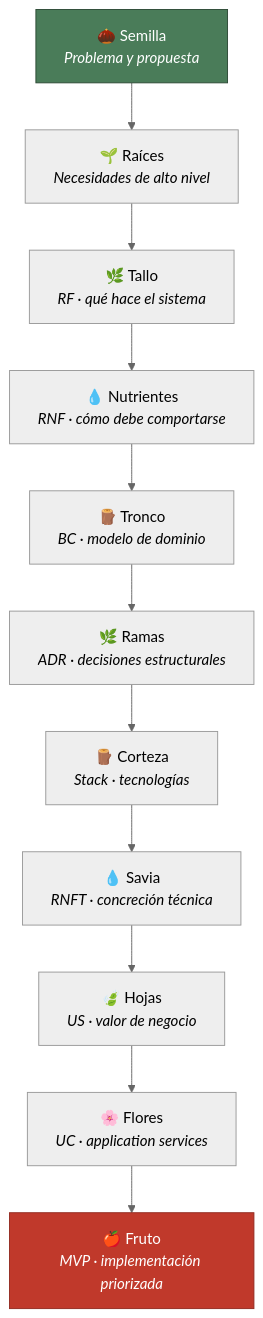
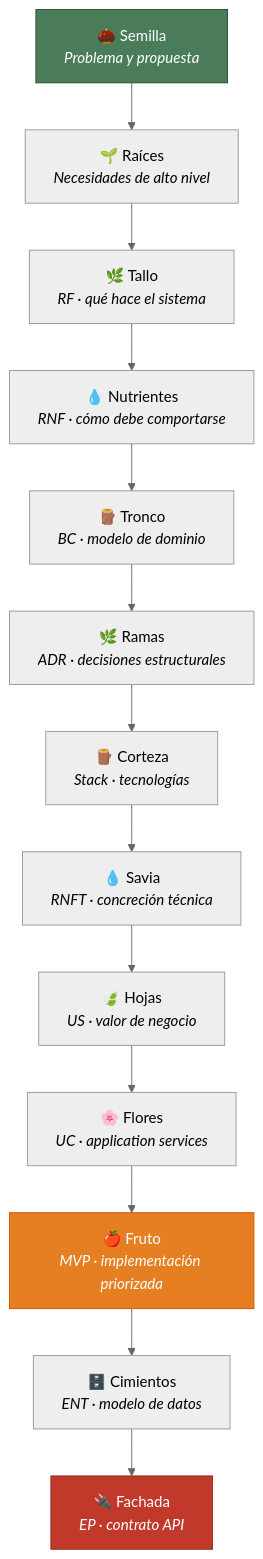
One commit to matraket/seedspec changed the diagram in README.md. Above: the diagram before and after it, drawn with Mermaid (neutral theme). The commit also changed other lines of this file and 17 other files, not shown here.

````diff
--- a/README.md
+++ b/README.md
@@ -326,16 +365,19 @@
 ```mermaid
 graph TD
     A["🌰 Semilla<br/><em>Problema y propuesta</em>"] --> B["🌱 Raíces<br/><em>Necesidades de alto nivel</em>"]
     B --> C["🌿 Tallo<br/><em>RF · qué hace el sistema</em>"]
     C --> D["💧 Nutrientes<br/><em>RNF · cómo debe comportarse</em>"]
     D --> E["🪵 Tronco<br/><em>BC · modelo de dominio</em>"]
     E --> F["🌿 Ramas<br/><em>ADR · decisiones estructurales</em>"]
     F --> G["🪵 Corteza<br/><em>Stack · tecnologías</em>"]
     G --> H["💧 Savia<br/><em>RNFT · concreción técnica</em>"]
     H --> I["🍃 Hojas<br/><em>US · valor de negocio</em>"]
     I --> J["🌸 Flores<br/><em>UC · application services</em>"]
     J --> K["🍎 Fruto<br/><em>MVP · implementación priorizada</em>"]
+    K --> L["🗄️ Cimientos<br/><em>ENT · modelo de datos</em>"]
+    L --> M["🔌 Fachada<br/><em>EP · contrato API</em>"]
 
     style A fill:#4a7c59,stroke:#2d4a35,color:#fff
-    style K fill:#c0392b,stroke:#922b21,color:#fff
+    style K fill:#e67e22,stroke:#d35400,color:#fff
+    style M fill:#c0392b,stroke:#922b21,color:#fff
 ```
````
